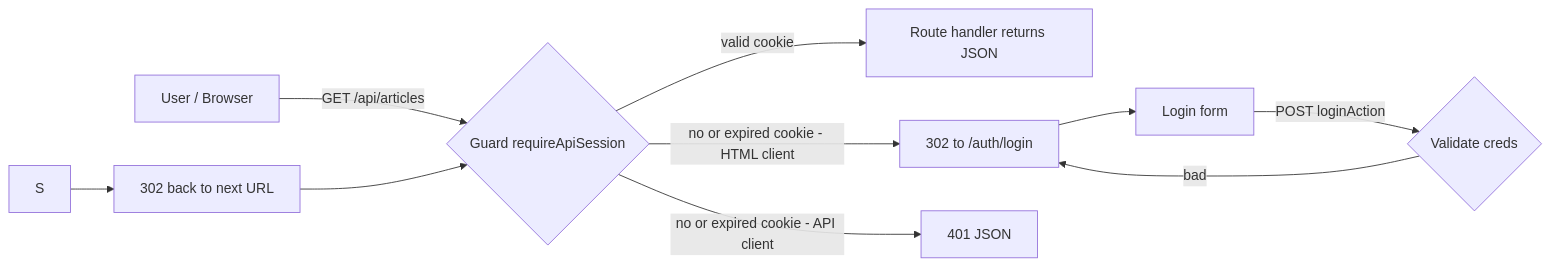
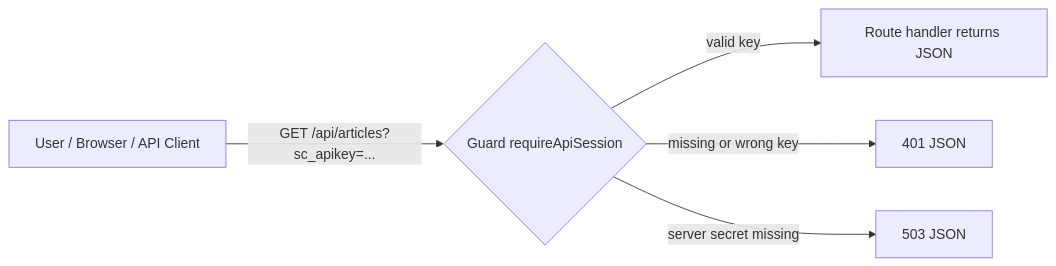
One commit to SHARATHKM2004/new--repo changed the diagram in docs/API_AUTHENTICATION.md. Above: the diagram before and after it, drawn with Mermaid. The commit also changed other lines of this file and 3 other files, not shown here.

Commit message:
chore(auth): rename query parameter to sc_apikey

````diff
--- a/docs/API_AUTHENTICATION.md
+++ b/docs/API_AUTHENTICATION.md
@@ -39,12 +38,7 @@
 ```mermaid
 flowchart LR
-    U["User / Browser"] -->|"GET /api/articles"| G{"Guard requireApiSession"}
-    G -->|valid cookie| H["Route handler returns JSON"]
-    G -->|no or expired cookie - HTML client| L["302 to /auth/login"]
-    G -->|no or expired cookie - API client| E["401 JSON"]
-    L --> F["Login form"]
-    F -->|POST loginAction| V{"Validate creds"}
-    S --> R["302 back to next URL"]
-    V -->|bad| L
-    R --> G
+  U["User / Browser / API Client"] -->|"GET /api/articles?sc_apikey=..."| G{"Guard requireApiSession"}
+  G -->|valid key| H["Route handler returns JSON"]
+  G -->|missing or wrong key| E["401 JSON"]
+  G -->|server secret missing| F["503 JSON"]
 ```
````
